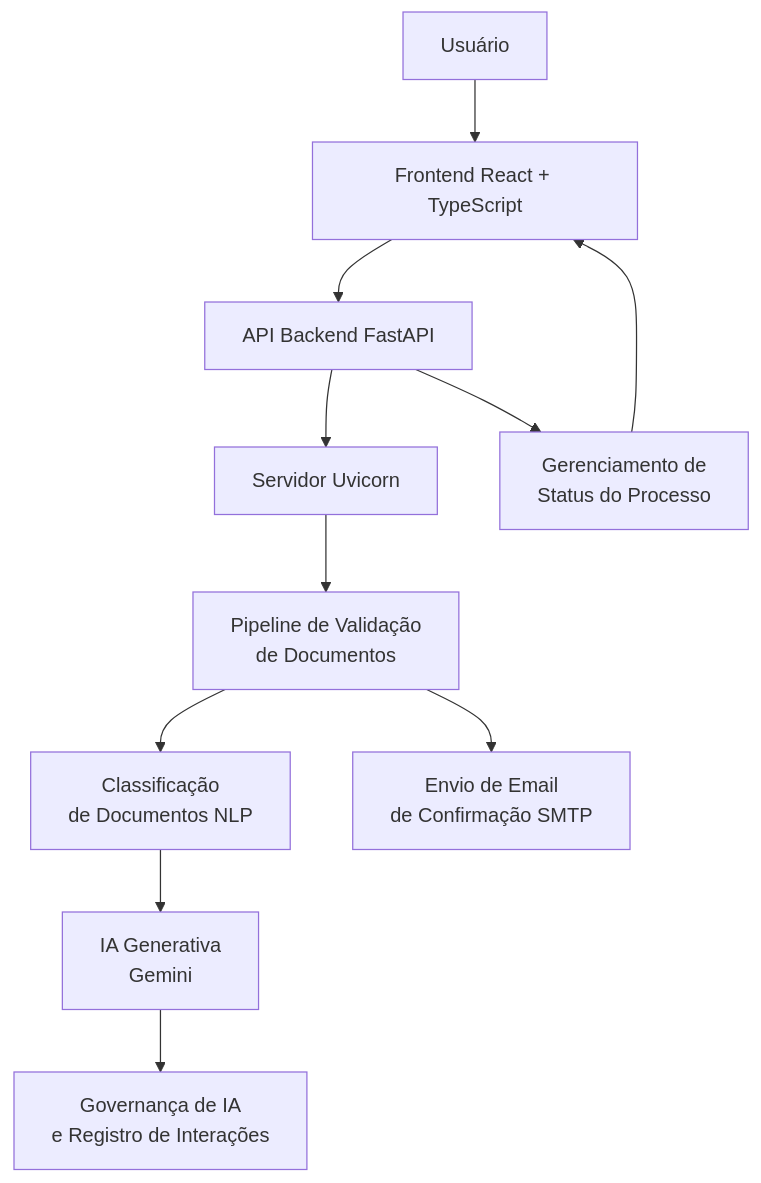
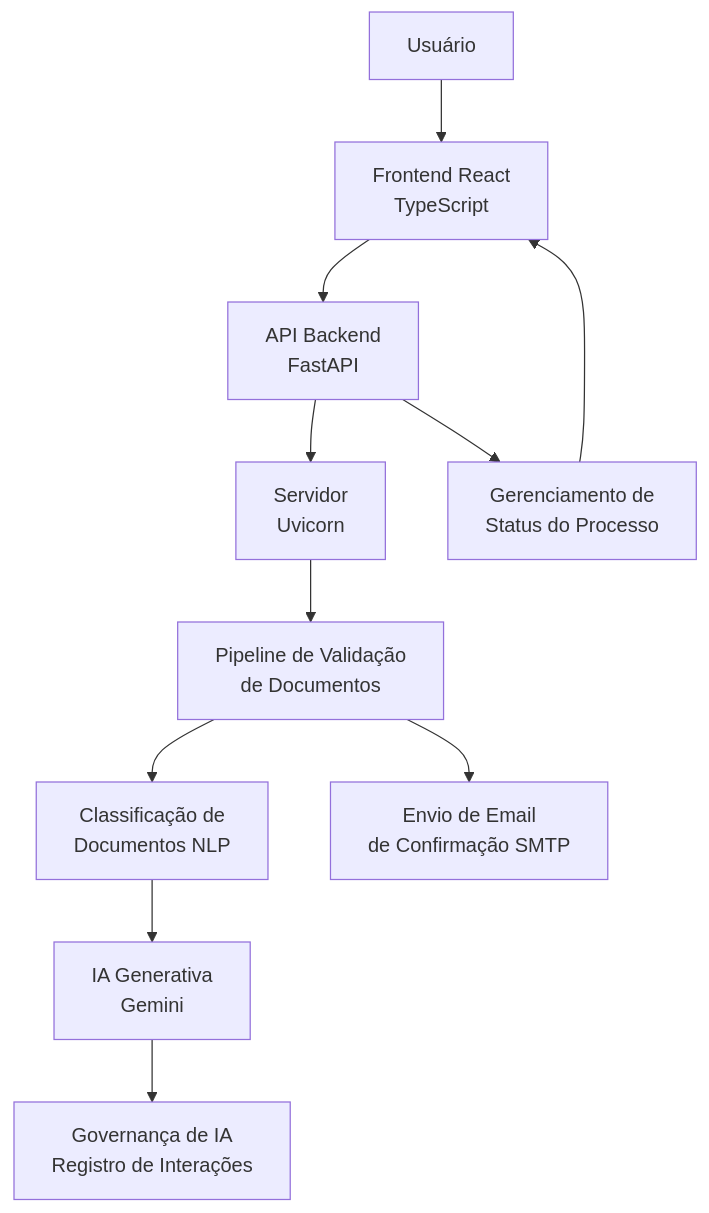
One commit to luanaportop/desafio-youvisa-sprint3 changed the diagram in README.md. Above: the diagram before and after it, drawn with Mermaid.

````diff
--- a/README.md
+++ b/README.md
@@ -159,23 +159,23 @@
 ```mermaid
 flowchart TD
 
-A[Usuário] --> B[Frontend React + TypeScript]
+A[Usuário] --> B[Frontend React<br/>TypeScript]
 
-B --> C[API Backend FastAPI]
+B --> C[API Backend<br/>FastAPI]
 
-C --> D[Servidor Uvicorn]
+C --> D[Servidor<br/>Uvicorn]
 
-D --> E[Pipeline de Validação\nde Documentos]
+D --> E[Pipeline de Validação<br/>de Documentos]
 
-E --> F[Classificação\nde Documentos NLP]
+E --> F[Classificação de<br/>Documentos NLP]
 
-F --> G[IA Generativa\nGemini]
+F --> G[IA Generativa<br/>Gemini]
 
-G --> H[Governança de IA\ne Registro de Interações]
+G --> H[Governança de IA<br/>Registro de Interações]
 
-E --> I[Envio de Email\nde Confirmação SMTP]
+E --> I[Envio de Email<br/>de Confirmação SMTP]
 
-C --> J[Gerenciamento de\nStatus do Processo]
+C --> J[Gerenciamento de<br/>Status do Processo]
 
 J --> B
 ```
````
